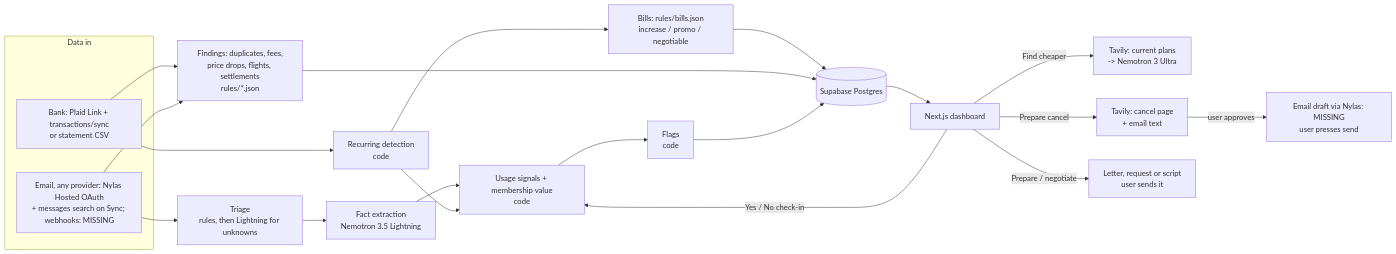
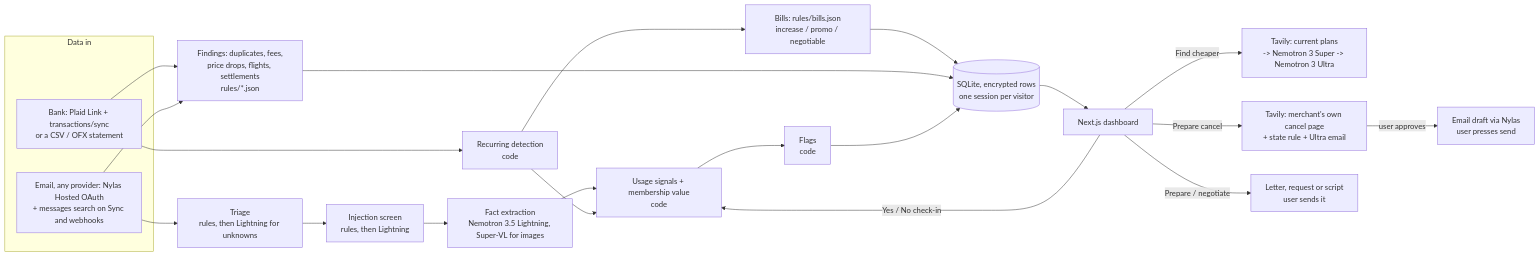
One commit to MadhavMandala/ClawBack changed the diagram in docs/ARCHITECTURE.md. Above: the diagram before and after it, drawn with Mermaid. The commit also changed other lines of this file and 12 other files, not shown here.

````diff
--- a/docs/ARCHITECTURE.md
+++ b/docs/ARCHITECTURE.md
@@ -57,25 +60,26 @@
 ```mermaid
 flowchart LR
   subgraph In[Data in]
-    P[Bank: Plaid Link + transactions/sync<br/>or statement CSV]
-    G[Email, any provider: Nylas Hosted OAuth<br/>+ messages search on Sync; webhooks: MISSING]
+    P[Bank: Plaid Link + transactions/sync<br/>or a CSV / OFX statement]
+    G[Email, any provider: Nylas Hosted OAuth<br/>+ messages search on Sync and webhooks]
   end
   P --> R[Recurring detection<br/>code]
   G --> T[Triage<br/>rules, then Lightning for unknowns]
-  T --> X[Fact extraction<br/>Nemotron 3.5 Lightning]
+  T --> S[Injection screen<br/>rules, then Lightning]
+  S --> X[Fact extraction<br/>Nemotron 3.5 Lightning, Super-VL for images]
   X --> U[Usage signals + membership value<br/>code]
   R --> U
   U --> F[Flags<br/>code]
   R --> B[Bills: rules/bills.json<br/>increase / promo / negotiable]
   P --> M[Findings: duplicates, fees,<br/>price drops, flights, settlements<br/>rules/*.json]
   G --> M
   B --> DB
   M --> DB
-  F --> DB[(Supabase Postgres)]
+  F --> DB[(SQLite, encrypted rows<br/>one session per visitor)]
   DB --> UI[Next.js dashboard]
-  UI -->|Find cheaper| A[Tavily: current plans<br/>-> Nemotron 3 Ultra]
-  UI -->|Prepare cancel| C[Tavily: cancel page<br/>+ email text]
-  C -->|user approves| D[Email draft via Nylas: MISSING<br/>user presses send]
+  UI -->|Find cheaper| A[Tavily: current plans<br/>-> Nemotron 3 Super -> Nemotron 3 Ultra]
+  UI -->|Prepare cancel| C[Tavily: merchant's own cancel page<br/>+ state rule + Ultra email]
+  C -->|user approves| D[Email draft via Nylas<br/>user presses send]
   UI -->|Yes / No check-in| U
   UI -->|Prepare / negotiate| AP[Letter, request or script<br/>user sends it]
 ```
````
